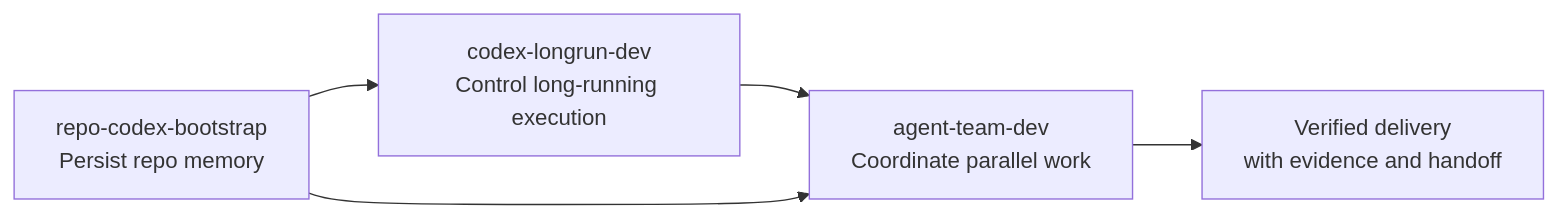
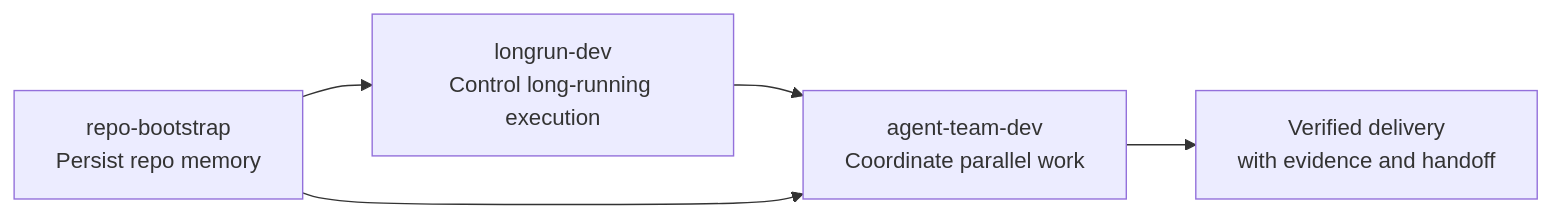
The diagram in README.md (YuxiaoWang-520/codex-skills), drawn with Mermaid before and after one commit. The commit also changed other lines of this file and 30 other files, not shown here.

First line of the commit message:
refactor: make repo platform-agnostic by removing codex from skill names

````diff
--- a/README.md
+++ b/README.md
@@ -190,7 +221,7 @@
 ```mermaid
 flowchart LR
-    A[repo-codex-bootstrap<br/>Persist repo memory] --> B[codex-longrun-dev<br/>Control long-running execution]
+    A[repo-bootstrap<br/>Persist repo memory] --> B[longrun-dev<br/>Control long-running execution]
     B --> C[agent-team-dev<br/>Coordinate parallel work]
     A --> C
     C --> D[Verified delivery<br/>with evidence and handoff]
 ```
````
